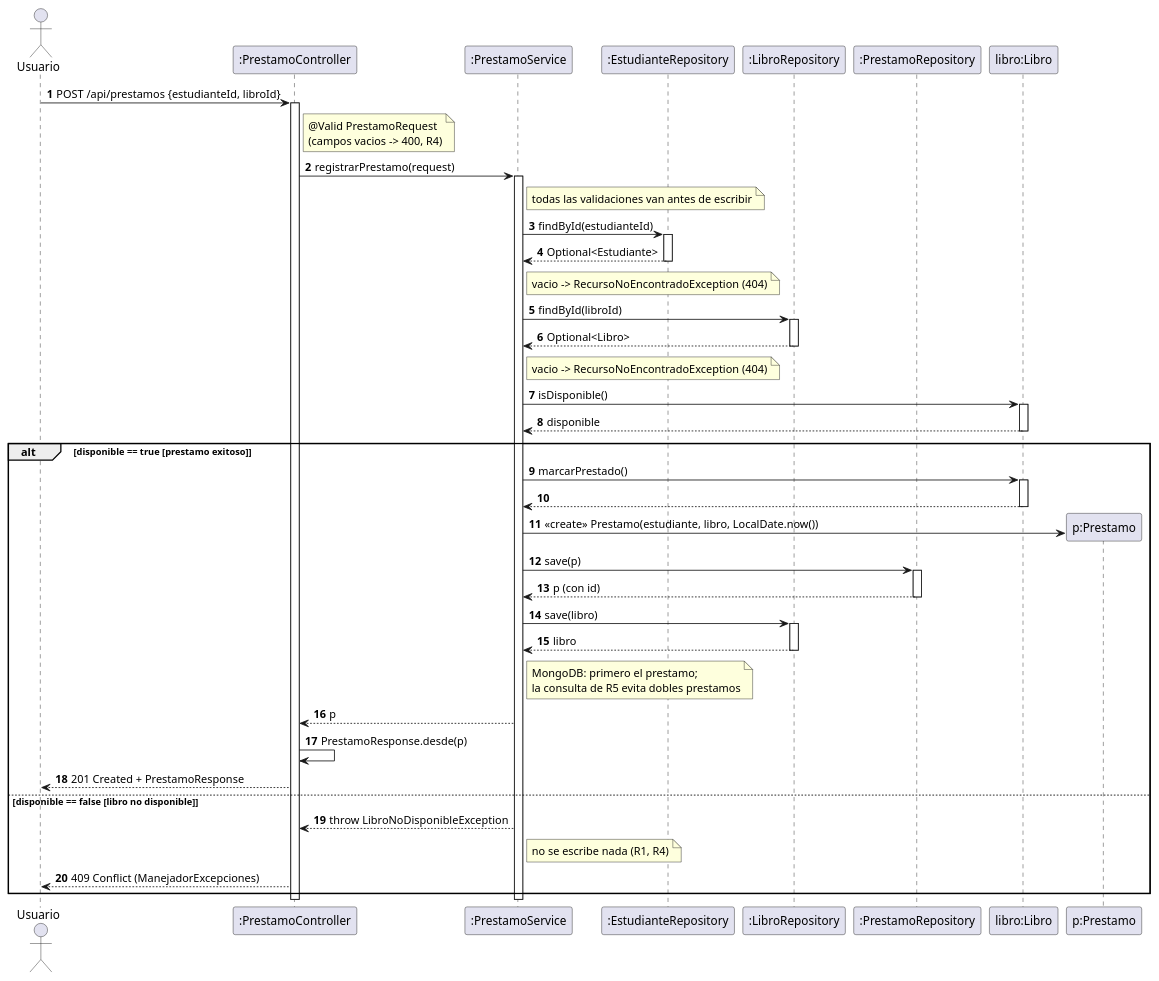
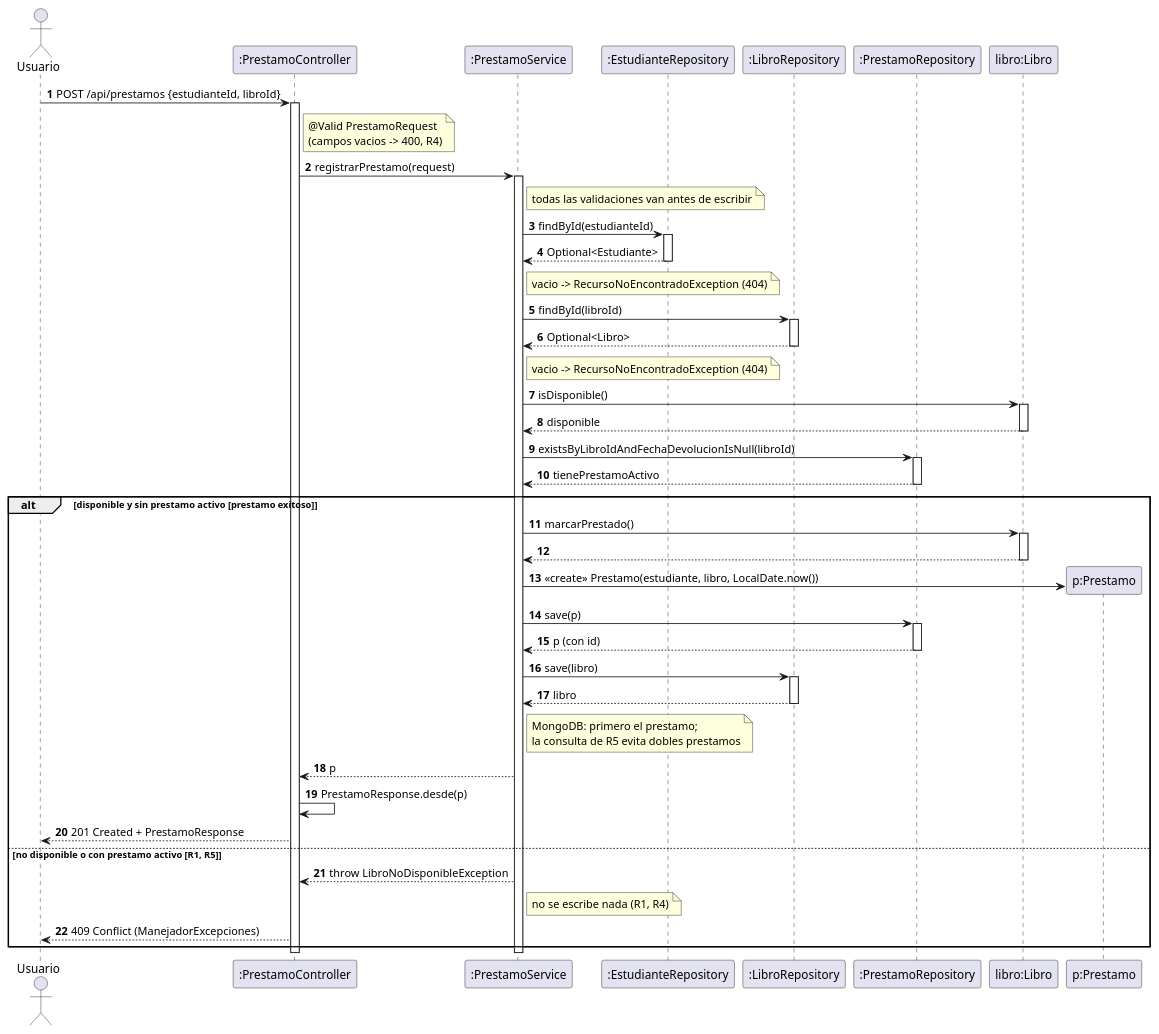
The diagram in diagramas/plantuml/03_diagrama_secuencia_prestamo.puml (walterjojoa/TALLER-PRACTICO-BLOQUE-7), drawn with PlantUML before and after one commit. The commit also changed 6 other files, not shown here.

First line of the commit message:
Revision final: diagramas coherentes con el codigo

```diff
--- a/diagramas/plantuml/03_diagrama_secuencia_prestamo.puml
+++ b/diagramas/plantuml/03_diagrama_secuencia_prestamo.puml
@@ -1,60 +1,64 @@
 @startuml 03_Secuencia_Registrar_Prestamo
 ' Actividad 4 - POST /api/prestamos
 skinparam shadowing false
 autonumber
 actor Usuario
 participant ":PrestamoController" as C
 participant ":PrestamoService" as S
 participant ":EstudianteRepository" as ER
 participant ":LibroRepository" as LR
 participant ":PrestamoRepository" as PR
 participant "libro:Libro" as L
 
 Usuario -> C : POST /api/prestamos {estudianteId, libroId}
 activate C
 note right of C : @Valid PrestamoRequest\n(campos vacios -> 400, R4)
 C -> S : registrarPrestamo(request)
 activate S
 note right of S : todas las validaciones van antes de escribir
 S -> ER : findById(estudianteId)
 activate ER
 ER --> S : Optional<Estudiante>
 deactivate ER
 note right of S : vacio -> RecursoNoEncontradoException (404)
 S -> LR : findById(libroId)
 activate LR
 LR --> S : Optional<Libro>
 deactivate LR
 note right of S : vacio -> RecursoNoEncontradoException (404)
 S -> L : isDisponible()
 activate L
 L --> S : disponible
 deactivate L
+S -> PR : existsByLibroIdAndFechaDevolucionIsNull(libroId)
+activate PR
+PR --> S : tienePrestamoActivo
+deactivate PR
 
-alt disponible == true [prestamo exitoso]
+alt disponible y sin prestamo activo [prestamo exitoso]
   S -> L : marcarPrestado()
   activate L
   L --> S
   deactivate L
   create participant "p:Prestamo" as P
   S -> P : <<create>> Prestamo(estudiante, libro, LocalDate.now())
   S -> PR : save(p)
   activate PR
   PR --> S : p (con id)
   deactivate PR
   S -> LR : save(libro)
   activate LR
   LR --> S : libro
   deactivate LR
   note right of S : MongoDB: primero el prestamo;\nla consulta de R5 evita dobles prestamos
   S --> C : p
   C -> C : PrestamoResponse.desde(p)
   C --> Usuario : 201 Created + PrestamoResponse
-else disponible == false [libro no disponible]
+else no disponible o con prestamo activo [R1, R5]
   S --> C : throw LibroNoDisponibleException
   note right of S : no se escribe nada (R1, R4)
   C --> Usuario : 409 Conflict (ManejadorExcepciones)
 end
 deactivate S
 deactivate C
 @enduml
```
